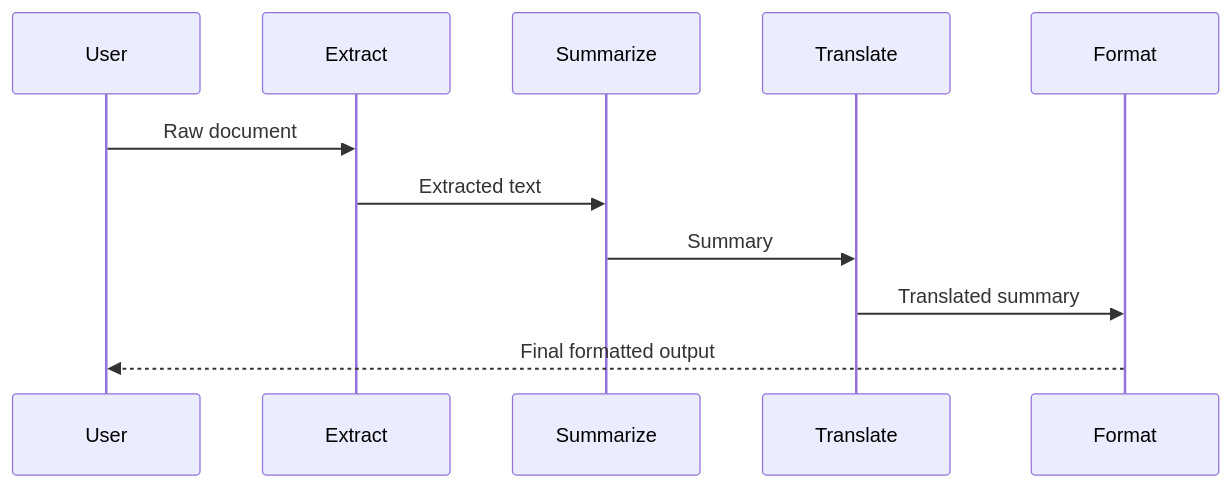
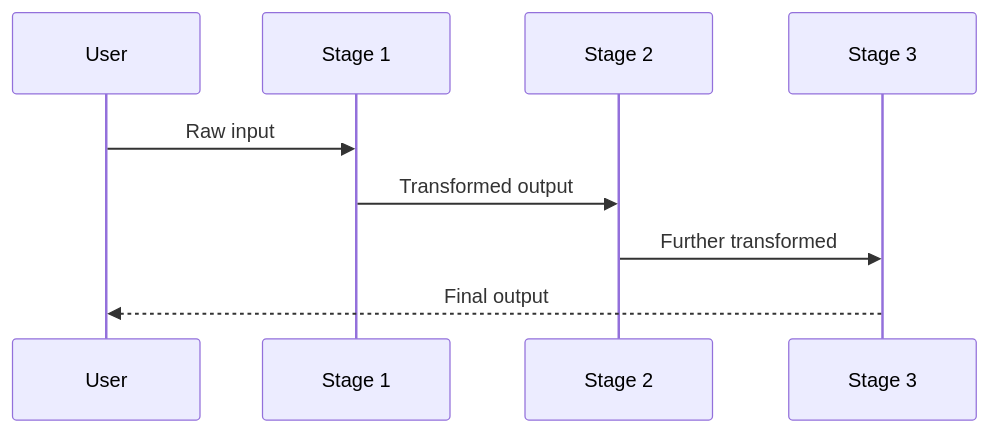
The diagram in docs/patterns/orchestration/pipeline.md (pyagent-core/pyagent), drawn with Mermaid before and after one commit. The commit also changed other lines of this file and 152 other files, not shown here.

````diff
--- a/docs/patterns/orchestration/pipeline.md
+++ b/docs/patterns/orchestration/pipeline.md
@@ -7,14 +12,12 @@
 ```mermaid
 sequenceDiagram
     participant U as User
-    participant S1 as Extract
-    participant S2 as Summarize
-    participant S3 as Translate
-    participant S4 as Format
+    participant S1 as Stage 1
+    participant S2 as Stage 2
+    participant S3 as Stage 3
 
-    U->>S1: Raw document
-    S1->>S2: Extracted text
-    S2->>S3: Summary
-    S3->>S4: Translated summary
-    S4-->>U: Final formatted output
+    U->>S1: Raw input
+    S1->>S2: Transformed output
+    S2->>S3: Further transformed
+    S3-->>U: Final output
 ```
````
